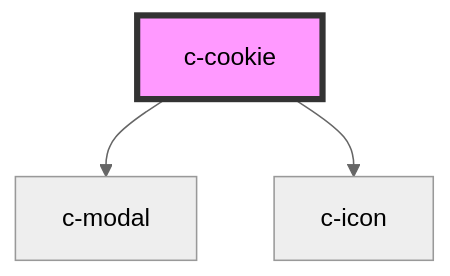
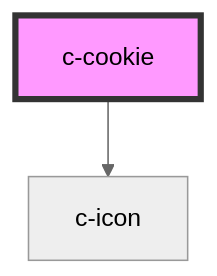
One commit to scania-digital-design-system/sdds changed the diagram in components/src/patterns/cookie/readme.md. Above: the diagram before and after it, drawn with Mermaid (neutral theme). The commit also changed other lines of this file and 4 other files, not shown here.

````diff
--- a/components/src/patterns/cookie/readme.md
+++ b/components/src/patterns/cookie/readme.md
@@ -34,6 +33,5 @@
 ```mermaid
 graph TD;
-  c-cookie --> c-modal
   c-cookie --> c-icon
   style c-cookie fill:#f9f,stroke:#333,stroke-width:4px
 ```
````
